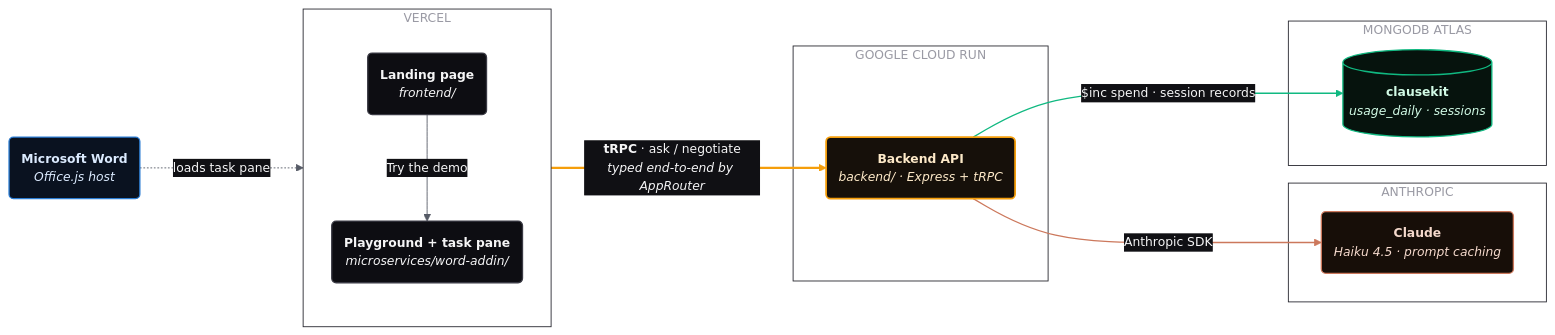
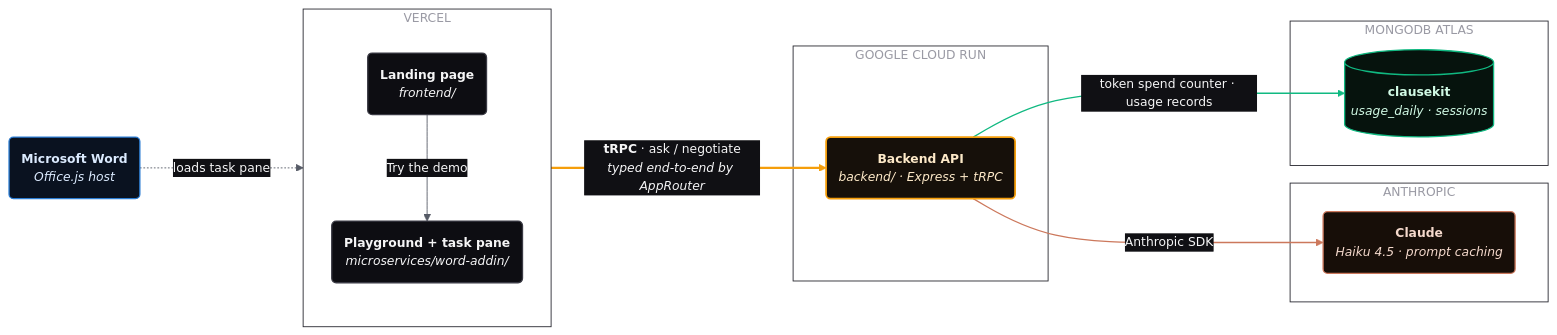
One commit to markbuckle/clausekit changed the diagram in docs/architecture.mmd. Above: the diagram before and after it, drawn with Mermaid. The commit also changed 2 other files, not shown here.

Commit message:
Architecture upddate v2

```diff
--- a/docs/architecture.mmd
+++ b/docs/architecture.mmd
@@ -1,64 +1,64 @@
 %%{init: {
   "fontFamily": "Arial, Helvetica, sans-serif",
   "theme": "base",
   "themeVariables": {
     "fontFamily": "Arial, Helvetica, sans-serif",
     "fontSize": "14px",
     "primaryColor": "#0d0d12",
     "primaryTextColor": "#f5f5f6",
     "primaryBorderColor": "#3a3a44",
     "lineColor": "#565b66",
     "clusterBkg": "transparent",
     "clusterBorder": "#26262e",
     "edgeLabelBackground": "#101014",
     "tertiaryTextColor": "#9a9aa4"
   },
   "flowchart": { "curve": "basis", "nodeSpacing": 45, "rankSpacing": 75, "padding": 14 }
 }}%%
 flowchart LR
     W("<b>Microsoft Word</b><br/><i>Office.js host</i>")
 
     subgraph vercel["VERCEL"]
         direction TB
         A("<b>Landing page</b><br/><i>frontend/</i>")
         B("<b>Playground + task pane</b><br/><i>microservices/word-addin/</i>")
     end
 
     subgraph gcr["GOOGLE CLOUD RUN"]
         C("<b>Backend API</b><br/><i>backend/ · Express + tRPC</i>")
     end
 
     subgraph ai["ANTHROPIC"]
         D("<b>Claude</b><br/><i>Haiku 4.5 · prompt caching</i>")
     end
 
     subgraph atlas["MONGODB ATLAS"]
         M[("<b>clausekit</b><br/><i>usage_daily · sessions</i>")]
     end
 
     A -->|Try the demo| B
     W -.->|loads task pane| B
     B ==>|"<b>tRPC</b> · ask / negotiate<br/><i>typed end-to-end by AppRouter</i>"| C
     C -->|Anthropic SDK| D
-    C -->|"$inc spend · session records"| M
+    C -->|"token spend counter · usage records"| M
 
     classDef app fill:#0d0d12,stroke:#3a3a44,stroke-width:1.5px,color:#f5f5f6
     classDef word fill:#0a1220,stroke:#2b7cd3,stroke-width:1.5px,color:#dbeafe
     classDef api fill:#16100a,stroke:#f59e0b,stroke-width:2px,color:#fde9c8
     classDef llm fill:#170e08,stroke:#cc785c,stroke-width:1.5px,color:#f5d9cc
     classDef data fill:#06130d,stroke:#10b981,stroke-width:1.5px,color:#d1fae5
 
     class A,B app
     class W word
     class C api
     class D llm
     class M data
 
     style vercel fill:transparent,stroke:#26262e,color:#9a9aa4
     style gcr fill:transparent,stroke:#26262e,color:#9a9aa4
     style ai fill:transparent,stroke:#26262e,color:#9a9aa4
     style atlas fill:transparent,stroke:#26262e,color:#9a9aa4
 
     linkStyle 2 stroke:#f59e0b,stroke-width:2.5px
     linkStyle 3 stroke:#cc785c,stroke-width:1.5px
     linkStyle 4 stroke:#10b981,stroke-width:1.5px
```
